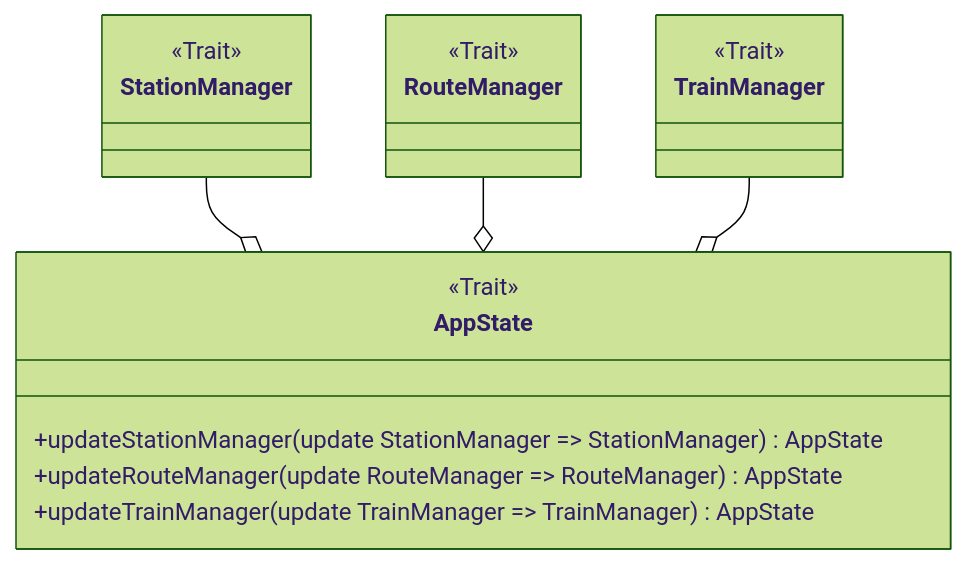
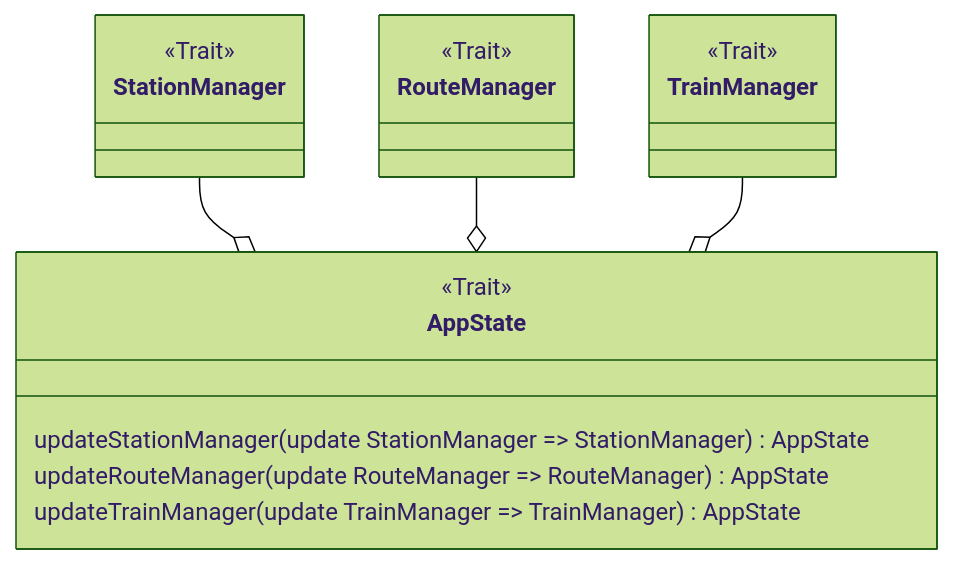
The first of 3 diagrams in docs/report/5-impl-buizo.md (dev-pps/pps-23-ulisse), drawn with Mermaid (forest theme) before and after one commit. The commit also changed other lines of this file, not shown here.

````diff
--- a/docs/report/5-impl-buizo.md
+++ b/docs/report/5-impl-buizo.md
@@ -27,19 +31,19 @@
 ```mermaid
 classDiagram
-    class `AppState`
-    class `StationManager`
-    class `RouteManager`
-    class `TrainManager`
-    <<Trait>> `AppState`
-    <<Trait>> `StationManager`    
-    <<Trait>> `RouteManager`
-    <<Trait>> `TrainManager`
+    class AppState
+    class StationManager
+    class RouteManager
+    class TrainManager
+    <<Trait>> AppState
+    <<Trait>> StationManager    
+    <<Trait>> RouteManager
+    <<Trait>> TrainManager
    
-    AppState : +updateStationManager(update StationManager => StationManager) AppState
-    AppState : +updateRouteManager(update RouteManager => RouteManager) AppState
-    AppState : +updateTrainManager(update TrainManager => TrainManager) AppState
+    AppState : updateStationManager(update StationManager => StationManager) AppState
+    AppState : updateRouteManager(update RouteManager => RouteManager) AppState
+    AppState : updateTrainManager(update TrainManager => TrainManager) AppState
     
-    `StationManager` --o `AppState`
-    `RouteManager` --o `AppState`
-    `TrainManager` --o `AppState`
+    StationManager --o AppState
+    RouteManager --o AppState
+    TrainManager --o AppState
 ```
````
